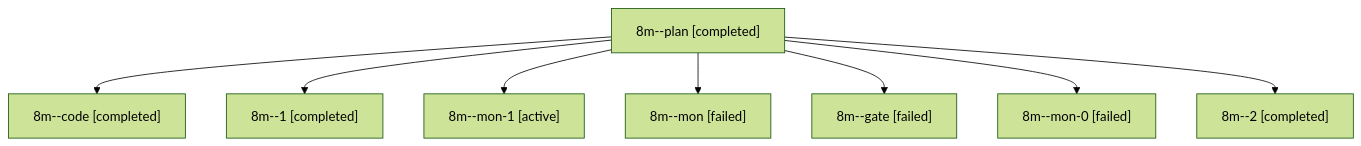
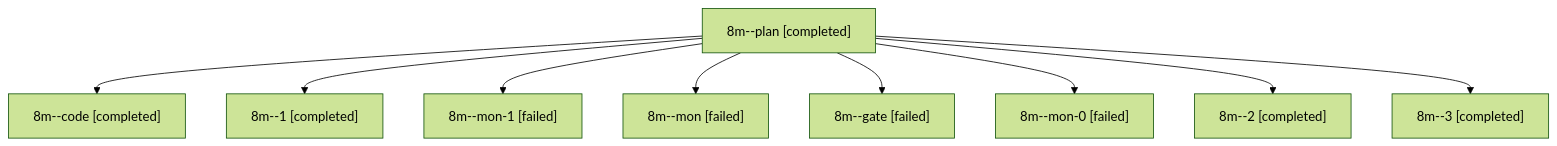
One commit to sase-org/sase--agents changed the diagram in sessions/bbugyi200.apollo.8m.md. Above: the diagram before and after it, drawn with Mermaid (forest theme). The commit also changed other lines of this file and 2964 other files, not shown here.

````diff
--- a/sessions/bbugyi200.apollo.8m.md
+++ b/sessions/bbugyi200.apollo.8m.md
@@ -9,18 +9,20 @@
 ```mermaid
 flowchart TD
   n0["8m--plan [completed]"]
   n1["8m--code [completed]"]
   n0 --> n1
   n2["8m--1 [completed]"]
   n0 --> n2
-  n3["8m--mon-1 [active]"]
+  n3["8m--mon-1 [failed]"]
   n0 --> n3
   n4["8m--mon [failed]"]
   n0 --> n4
   n5["8m--gate [failed]"]
   n0 --> n5
   n6["8m--mon-0 [failed]"]
   n0 --> n6
   n7["8m--2 [completed]"]
   n0 --> n7
+  n8["8m--3 [completed]"]
+  n0 --> n8
 ```
````
